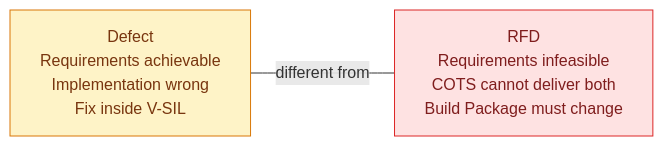
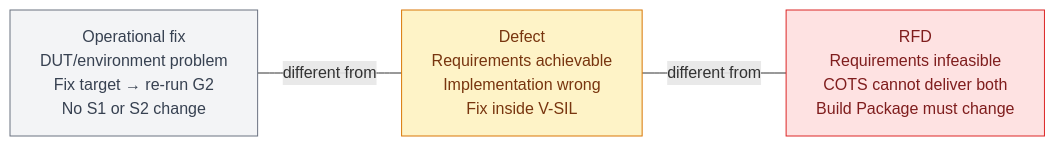
One commit to dramirezbe/codeanvil-gcpds changed diagram 11 of 11 in methodology/V-SIL-v3/V-SIL_v3.md. Above: the diagram before and after it, drawn with Mermaid. The commit also changed other lines of this file and 1 other file, not shown here.

First line of the commit message:
docs(v-sil-v3): sync artifacts with implemented G2 operational branch and HIL enrollment

````diff
--- a/methodology/V-SIL-v3/V-SIL_v3.md
+++ b/methodology/V-SIL-v3/V-SIL_v3.md
@@ -498,10 +503,12 @@
 ```mermaid
 flowchart LR
     classDef defect fill:#fef3c7,stroke:#d97706,color:#78350f
     classDef rfd fill:#fee2e2,stroke:#dc2626,color:#7f1d1d
+    classDef ops fill:#f3f4f6,stroke:#6b7280,color:#374151
 
+    O["Operational fix<br/>DUT/environment problem<br/>Fix target → re-run G2<br/>No S1 or S2 change"]:::ops
     D["Defect<br/>Requirements achievable<br/>Implementation wrong<br/>Fix inside V-SIL"]:::defect
     R["RFD<br/>Requirements infeasible<br/>COTS cannot deliver both<br/>Build Package must change"]:::rfd
 
-    D ---|"different from"| R
+    O ---|"different from"| D ---|"different from"| R
 ```
````
